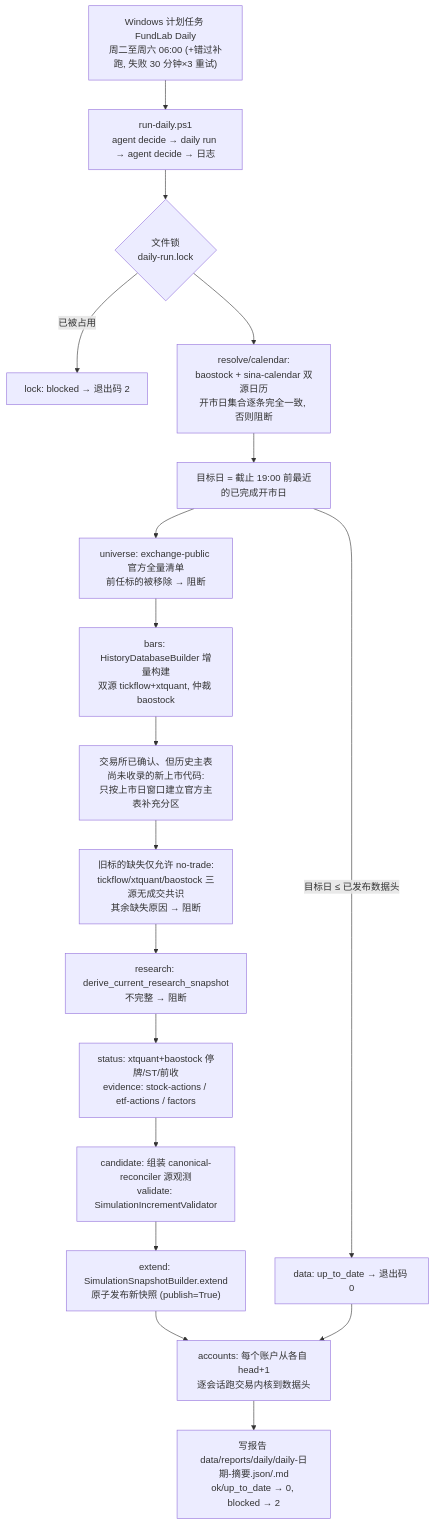
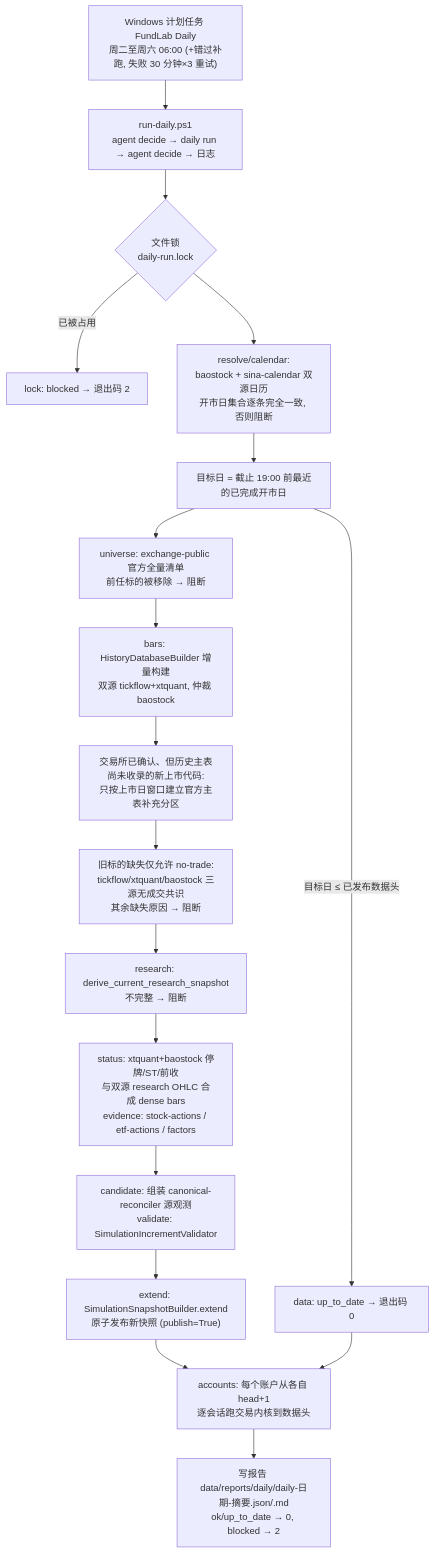
One commit to zhan7653/miniQMT changed the diagram in docs/architecture/03-pipeline-ops.md. Above: the diagram before and after it, drawn with Mermaid. The commit also changed other lines of this file and 5 other files, not shown here.

````diff
--- a/docs/architecture/03-pipeline-ops.md
+++ b/docs/architecture/03-pipeline-ops.md
@@ -34,20 +34,20 @@
 ```mermaid
 flowchart TD
     T["Windows 计划任务 FundLab Daily<br/>周二至周六 06:00 (+错过补跑, 失败 30 分钟×3 重试)"] --> R["run-daily.ps1<br/>agent decide → daily run → agent decide → 日志"]
     R --> L{"文件锁<br/>daily-run.lock"}
     L -- 已被占用 --> B0["lock: blocked → 退出码 2"]
     L --> CAL["resolve/calendar:<br/>baostock + sina-calendar 双源日历<br/>开市日集合逐条完全一致, 否则阻断"]
     CAL --> TGT["目标日 = 截止 19:00 前最近的已完成开市日"]
     TGT -- "目标日 ≤ 已发布数据头" --> UTD["data: up_to_date → 退出码 0"]
     TGT --> U["universe: exchange-public 官方全量清单<br/>前任标的被移除 → 阻断"]
     U --> H["bars: HistoryDatabaseBuilder 增量构建<br/>双源 tickflow+xtquant, 仲裁 baostock"]
     H --> NEW["交易所已确认、但历史主表尚未收录的新上市代码:<br/>只按上市日窗口建立官方主表补充分区"]
     NEW --> NT["旧标的缺失仅允许 no-trade:<br/>tickflow/xtquant/baostock 三源无成交共识<br/>其余缺失原因 → 阻断"]
     NT --> RS["research: derive_current_research_snapshot<br/>不完整 → 阻断"]
-    RS --> SE["status: xtquant+baostock 停牌/ST/前收<br/>evidence: stock-actions / etf-actions / factors"]
+    RS --> SE["status: xtquant+baostock 停牌/ST/前收<br/>与双源 research OHLC 合成 dense bars<br/>evidence: stock-actions / etf-actions / factors"]
     SE --> CV["candidate: 组装 canonical-reconciler 源观测<br/>validate: SimulationIncrementValidator"]
     CV --> EX["extend: SimulationSnapshotBuilder.extend<br/>原子发布新快照 (publish=True)"]
     EX --> AC["accounts: 每个账户从各自 head+1<br/>逐会话跑交易内核到数据头"]
     UTD --> AC
     AC --> RP["写报告 data/reports/daily/daily-日期-摘要.json/.md<br/>ok/up_to_date → 0, blocked → 2"]
 ```
````
